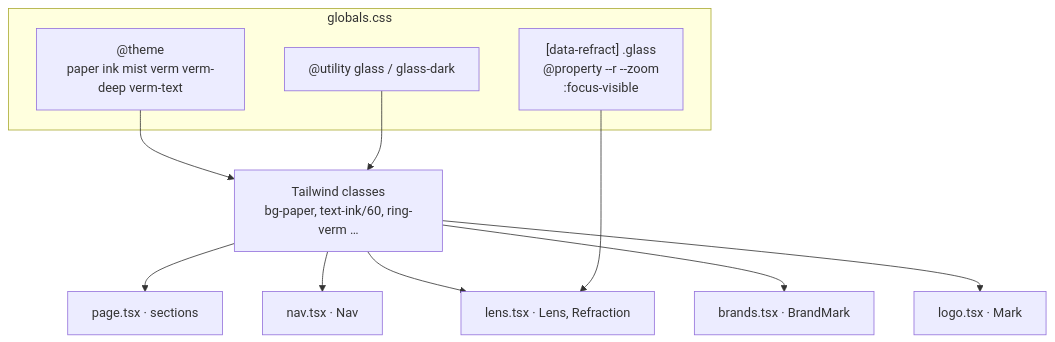
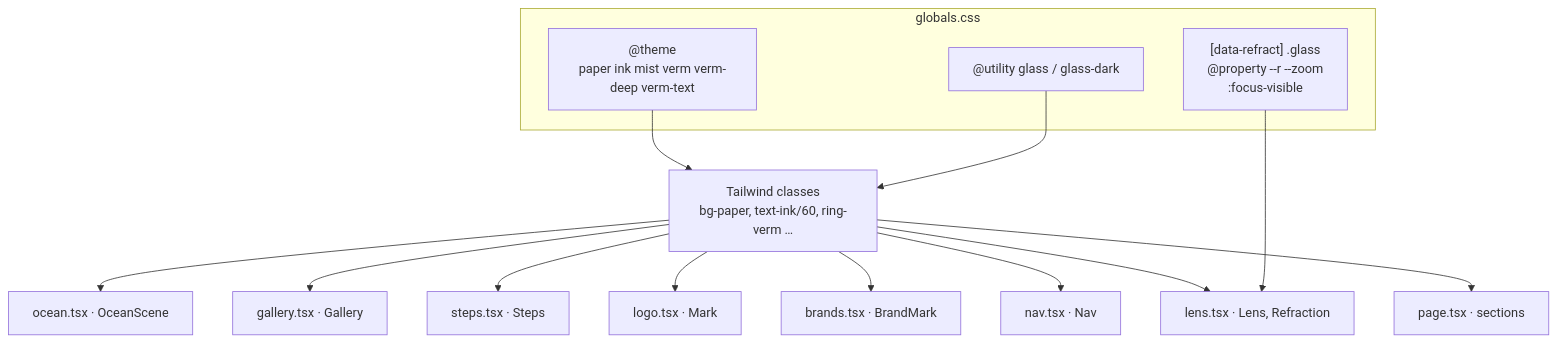
The eighth of 8 diagrams in docs/design/README.md (PUCTech/rayume), drawn with Mermaid before and after one commit. The commit also changed other lines of this file and 5 other files, not shown here.

````diff
--- a/docs/design/README.md
+++ b/docs/design/README.md
@@ -368,16 +379,19 @@
 ```mermaid
 flowchart TB
   subgraph css["globals.css"]
     T["@theme<br/>paper ink mist verm verm-deep verm-text"]
     U["@utility glass / glass-dark"]
     X["[data-refract] .glass<br/>@property --r --zoom<br/>:focus-visible"]
   end
   T --> TW["Tailwind classes<br/>bg-paper, text-ink/60, ring-verm …"]
   U --> TW
   TW --> PG["page.tsx · sections"]
   TW --> NV["nav.tsx · Nav"]
   TW --> LN["lens.tsx · Lens, Refraction"]
   TW --> BR["brands.tsx · BrandMark"]
   TW --> LG["logo.tsx · Mark"]
+  TW --> ST["steps.tsx · Steps"]
+  TW --> GA["gallery.tsx · Gallery"]
+  TW --> OC["ocean.tsx · OceanScene"]
   X --> LN
 ```
````
